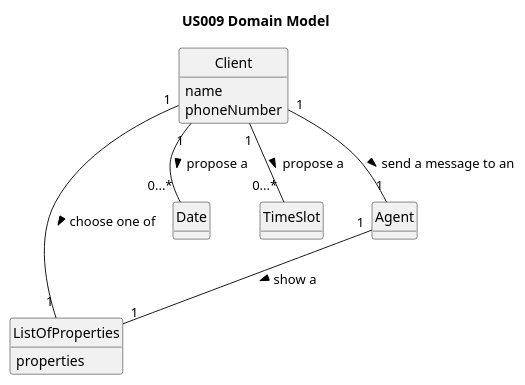
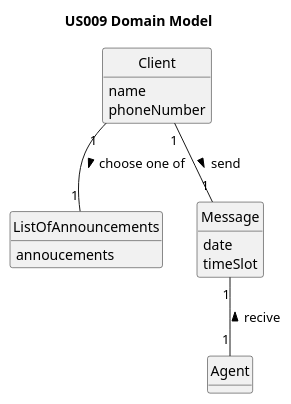
Before and after one commit to 1220812/LAPR2: the diagram in docs/sprintC/us009/02.analysis/puml/us009-domain-model.puml, drawn with PlantUML. The commit also changed 2 other files, not shown here.

Commit message:
US009 domain model, sequnece diagram and system sequence diagram

```diff
--- a/docs/sprintC/us009/02.analysis/puml/us009-domain-model.puml
+++ b/docs/sprintC/us009/02.analysis/puml/us009-domain-model.puml
@@ -1,42 +1,40 @@
 @startuml
 skinparam monochrome true
 skinparam packageStyle rectangle
 skinparam shadowing false
 
 'left to right direction
 
 hide circle
 hide methods
 
 title US009 Domain Model
 
 class Client{
 name
 phoneNumber
 }
 
-class ListOfProperties{
-properties
+class ListOfAnnouncements{
+annoucements
 }
 
-class Date{
-}
-
-class TimeSlot{
-}
 
 class Agent{
 }
 
+class Message{
+date
+timeSlot
+}
 
-Client "1" -- "0...*" TimeSlot : propose a >
-Client "1" -- "0...*" Date : propose a >
-Client "1" -- "1" Agent : send a message to an >
-Client "1" -- "1" ListOfProperties : choose one of >
 
-Agent "1" -- "1" ListOfProperties : show a >
+Client "1" -- "1" ListOfAnnouncements : choose one of >
+Client "1" -- "1" Message : send >
+Message "1" -- "1" Agent : recive <
+
 
 
 
 
 @enduml
```
